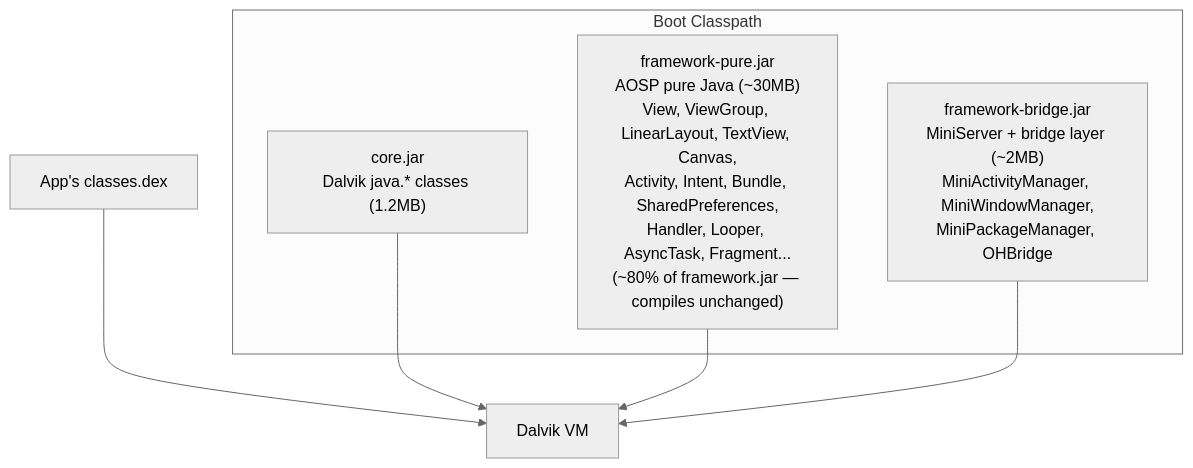
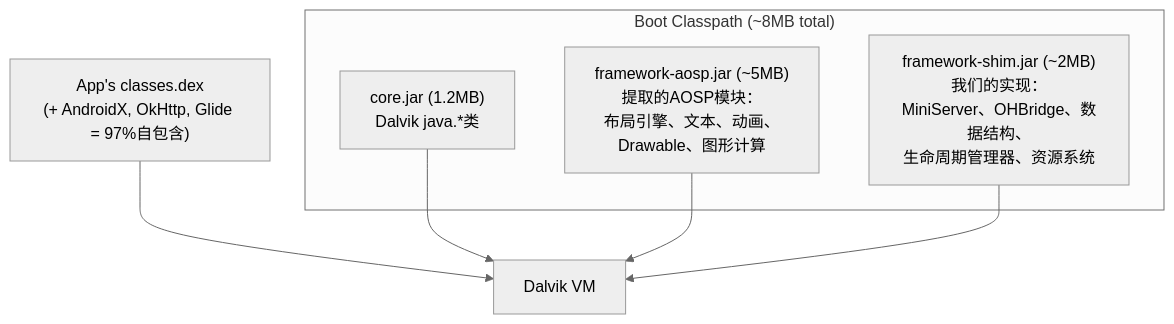
Before and after one commit to A2OH/westlake: the eighth of 20 diagrams in 02-ANDROID-AS-ENGINE-CN.md, drawn with Mermaid (neutral theme). The commit also changed other lines of this file and 1 other file, not shown here.

First line of the commit message:
Docs: Option C — selective AOSP extraction strategy (EN + CN)

````diff
--- a/02-ANDROID-AS-ENGINE-CN.md
+++ b/02-ANDROID-AS-ENGINE-CN.md
@@ -234,12 +282,12 @@
 ```mermaid
 graph TD
-    subgraph "Boot Classpath"
-        L1["core.jar<br/>Dalvik java.* classes (1.2MB)"]
-        L2["framework-pure.jar<br/>AOSP pure Java (~30MB)<br/>View, ViewGroup, LinearLayout, TextView, Canvas,<br/>Activity, Intent, Bundle, SharedPreferences,<br/>Handler, Looper, AsyncTask, Fragment...<br/>(~80% of framework.jar — compiles unchanged)"]
-        L3["framework-bridge.jar<br/>MiniServer + bridge layer (~2MB)<br/>MiniActivityManager, MiniWindowManager,<br/>MiniPackageManager, OHBridge"]
+    subgraph "Boot Classpath (~8MB total)"
+        L1["core.jar (1.2MB)<br/>Dalvik java.*类"]
+        L2["framework-aosp.jar (~5MB)<br/>提取的AOSP模块：<br/>布局引擎、文本、动画、<br/>Drawable、图形计算"]
+        L3["framework-shim.jar (~2MB)<br/>我们的实现：<br/>MiniServer、OHBridge、数据结构、<br/>生命周期管理器、资源系统"]
     end
-    APP["App's classes.dex"] --> VM["Dalvik VM"]
+    APP["App's classes.dex<br/>(+ AndroidX, OkHttp, Glide = 97%自包含)"] --> VM["Dalvik VM"]
     L1 --> VM
     L2 --> VM
     L3 --> VM
 ```
````
